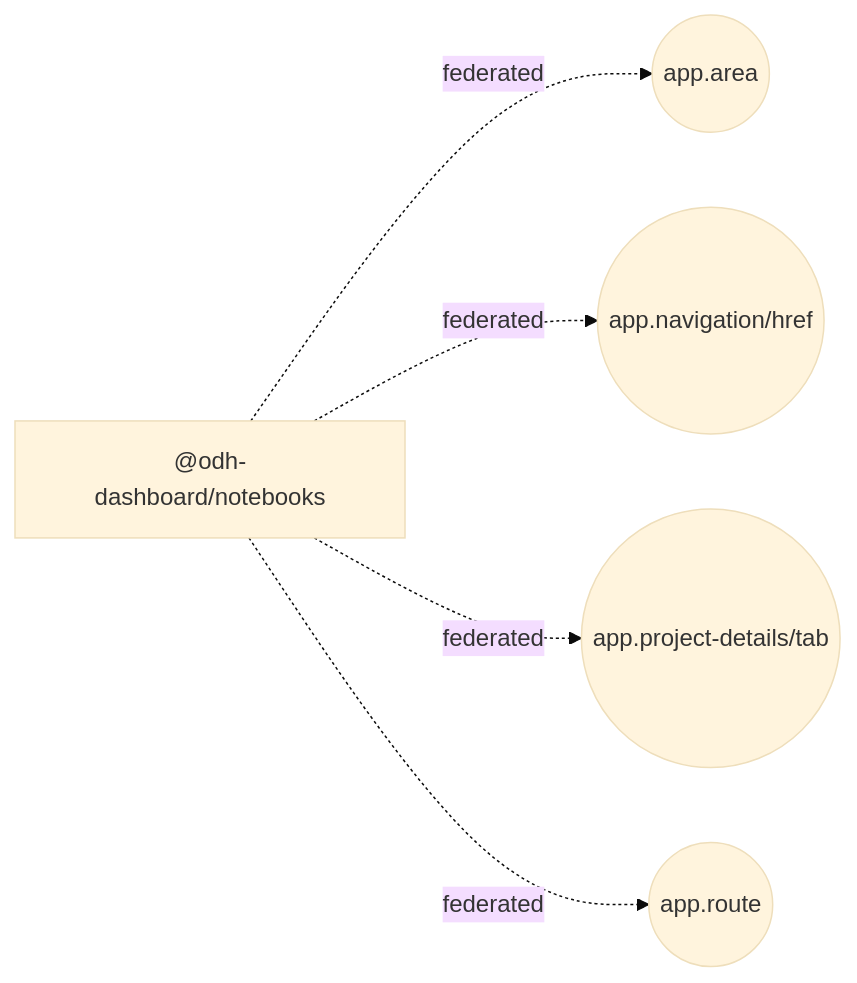
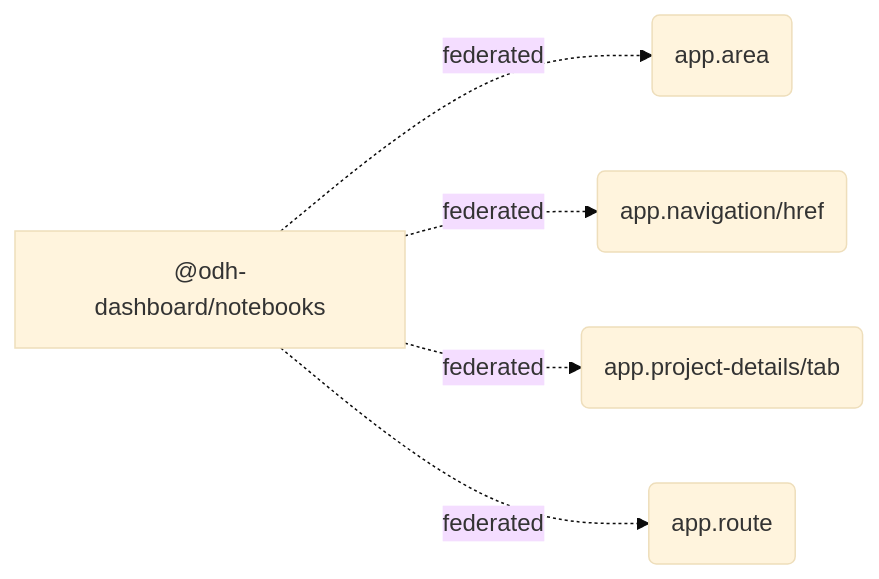
One commit to mturley/odh-dashboard changed the diagram in packages/notebooks/docs/extensions.md. Above: the diagram before and after it, drawn with Mermaid (base theme). The commit also changed 24 other files, not shown here.

````diff
--- a/packages/notebooks/docs/extensions.md
+++ b/packages/notebooks/docs/extensions.md
@@ -15,12 +15,12 @@
 ```mermaid
 flowchart LR
   pkg_n__odh_dashboard_notebooks_1cd74c["@odh-dashboard/notebooks"]
-  point_n_app_area_bcfe23(("app.area"))
+  point_n_app_area_bcfe23("app.area")
   pkg_n__odh_dashboard_notebooks_1cd74c -. "federated" .-> point_n_app_area_bcfe23
-  point_n_app_navigation_href_67179c(("app.navigation/href"))
+  point_n_app_navigation_href_67179c("app.navigation/href")
   pkg_n__odh_dashboard_notebooks_1cd74c -. "federated" .-> point_n_app_navigation_href_67179c
-  point_n_app_project_details_tab_621c38(("app.project-details/tab"))
+  point_n_app_project_details_tab_621c38("app.project-details/tab")
   pkg_n__odh_dashboard_notebooks_1cd74c -. "federated" .-> point_n_app_project_details_tab_621c38
-  point_n_app_route_2735df(("app.route"))
+  point_n_app_route_2735df("app.route")
   pkg_n__odh_dashboard_notebooks_1cd74c -. "federated" .-> point_n_app_route_2735df
 ```
````
